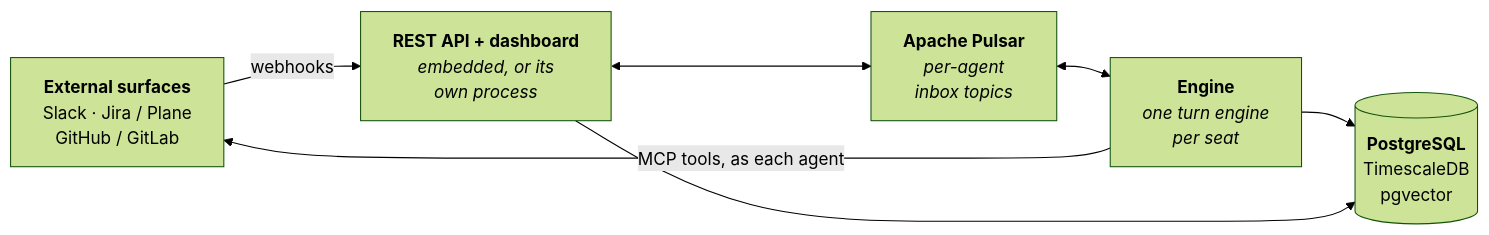
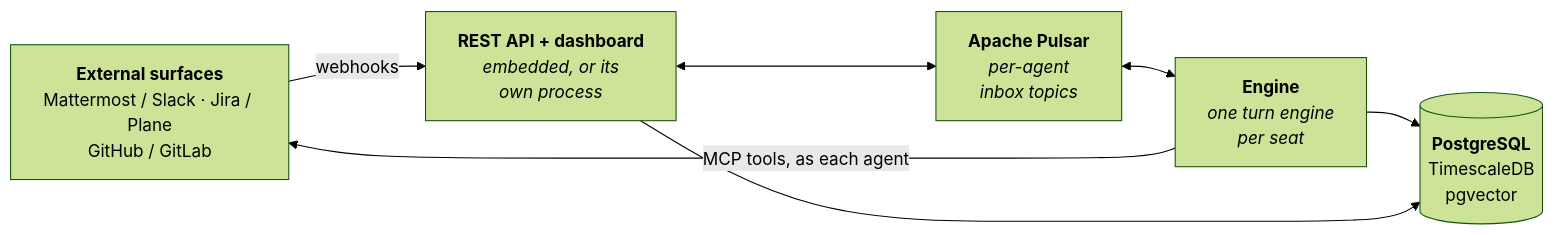
One commit to crewlet/crewlet changed the second of 2 diagrams in README.md. Above: the diagram before and after it, drawn with Mermaid (forest theme). The commit also changed other lines of this file and 4 other files, not shown here.

````diff
--- a/README.md
+++ b/README.md
@@ -195,15 +200,15 @@
 ```mermaid
 flowchart LR
-    EXT["<b>External surfaces</b><br/>Slack · Jira / Plane<br/>GitHub / GitLab"]
+    EXT["<b>External surfaces</b><br/>Mattermost / Slack · Jira / Plane<br/>GitHub / GitLab"]
     API["<b>REST API + dashboard</b><br/><i>embedded, or its<br/>own process</i>"]
     Q["<b>Apache Pulsar</b><br/><i>per-agent<br/>inbox topics</i>"]
     ENG["<b>Engine</b><br/><i>one turn engine<br/>per seat</i>"]
     DB[("<b>PostgreSQL</b><br/>TimescaleDB<br/>pgvector")]
 
     EXT -->|webhooks| API
     API <--> Q
     Q <--> ENG
     ENG -->|"MCP tools, as each agent"| EXT
     ENG --> DB
     API --> DB
 ```
````
